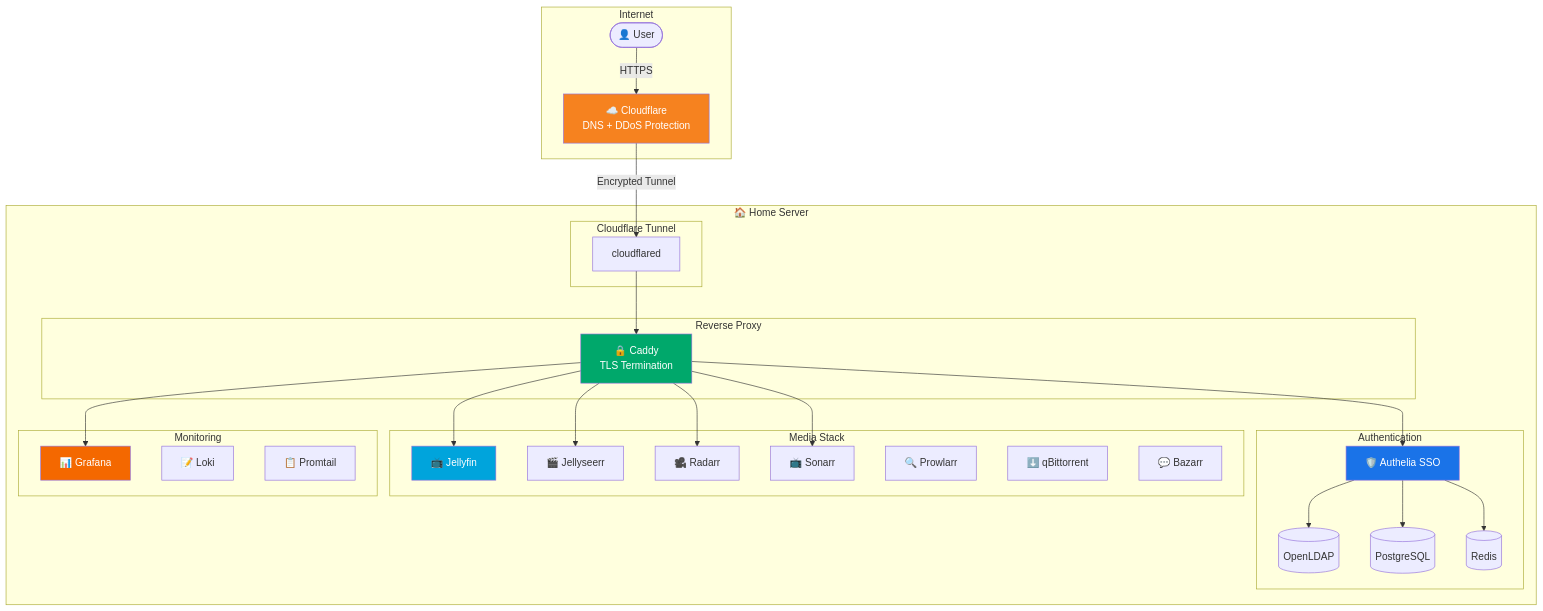
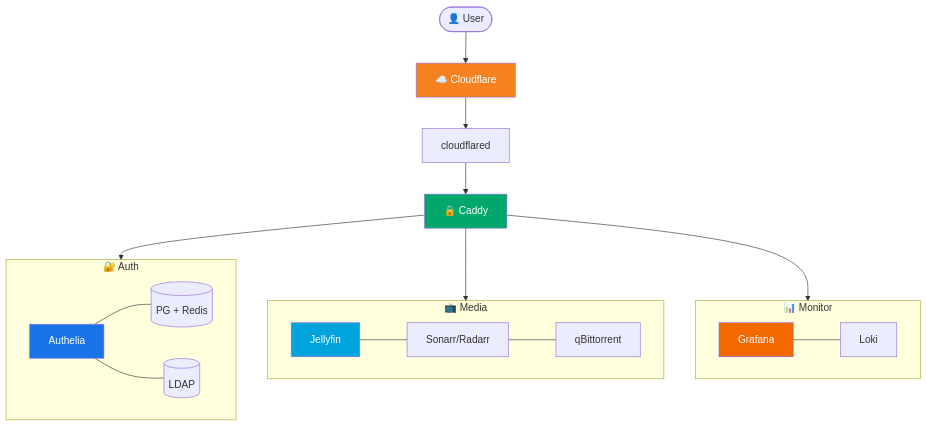
One commit to Mykyta-Home-Server/homeserver changed the first of 4 diagrams in docs-site/src/content/docs/guides/introduction.mdx. Above: the diagram before and after it, drawn with Mermaid. The commit also changed other lines of this file and 1 other file, not shown here.

First line of the commit message:
Redesign Mermaid diagrams for compact square layouts

````diff
--- a/docs-site/src/content/docs/guides/introduction.mdx
+++ b/docs-site/src/content/docs/guides/introduction.mdx
@@ -14,59 +14,33 @@
 ```mermaid
 flowchart TB
-    subgraph Internet
-        User([👤 User])
-        CF[☁️ Cloudflare<br/>DNS + DDoS Protection]
+    User([👤 User]) --> CF[☁️ Cloudflare]
+    CF --> CFD[cloudflared]
+    CFD --> Caddy[🔒 Caddy]
+
+    Caddy --> Auth & Media & Mon
+
+    subgraph Auth["🔐 Auth"]
+        Authelia[Authelia]
+        Authelia --- DB[(PG + Redis)]
+        Authelia --- LDAP[(LDAP)]
     end
 
-    subgraph HomeServer["🏠 Home Server"]
-        subgraph Tunnel["Cloudflare Tunnel"]
-            CFD[cloudflared]
-        end
-
-        subgraph Proxy["Reverse Proxy"]
-            Caddy[🔒 Caddy<br/>TLS Termination]
-        end
-
-        subgraph Auth["Authentication"]
-            Authelia[🛡️ Authelia SSO]
-            LDAP[(OpenLDAP)]
-            PG[(PostgreSQL)]
-            Redis[(Redis)]
-        end
-
-        subgraph Media["Media Stack"]
-            JF[📺 Jellyfin]
-            JS[🎬 Jellyseerr]
-            Radarr[🎥 Radarr]
-            Sonarr[📺 Sonarr]
-            Prowlarr[🔍 Prowlarr]
-            QB[⬇️ qBittorrent]
-            Bazarr[💬 Bazarr]
-        end
-
-        subgraph Monitoring["Monitoring"]
-            Grafana[📊 Grafana]
-            Loki[📝 Loki]
-            Promtail[📋 Promtail]
-        end
+    subgraph Media["📺 Media"]
+        JF[Jellyfin]
+        Arr[Sonarr/Radarr]
+        QB[qBittorrent]
+        JF --- Arr --- QB
     end
 
-    User -->|HTTPS| CF
-    CF -->|Encrypted Tunnel| CFD
-    CFD --> Caddy
-    Caddy --> Authelia
-    Authelia --> LDAP
-    Authelia --> PG
-    Authelia --> Redis
-    Caddy --> JF
-    Caddy --> JS
-    Caddy --> Grafana
-    Caddy --> Radarr
-    Caddy --> Sonarr
+    subgraph Mon["📊 Monitor"]
+        Grafana[Grafana]
+        Loki[Loki]
+        Grafana --- Loki
+    end
 
     style CF fill:#f6821f,color:#fff
     style Caddy fill:#00a86b,color:#fff
     style Authelia fill:#1a73e8,color:#fff
     style JF fill:#00a4dc,color:#fff
     style Grafana fill:#f46800,color:#fff
 ```
````
